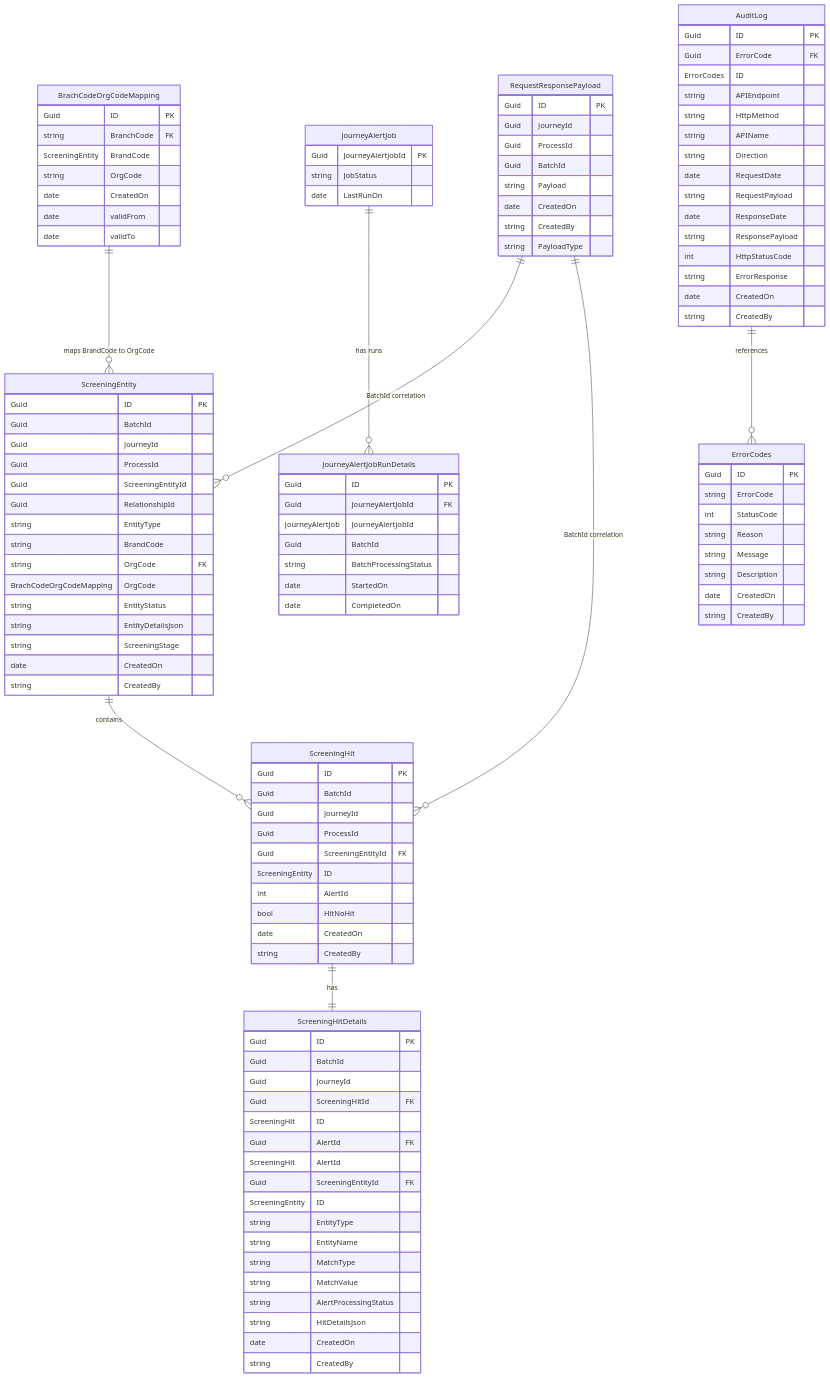
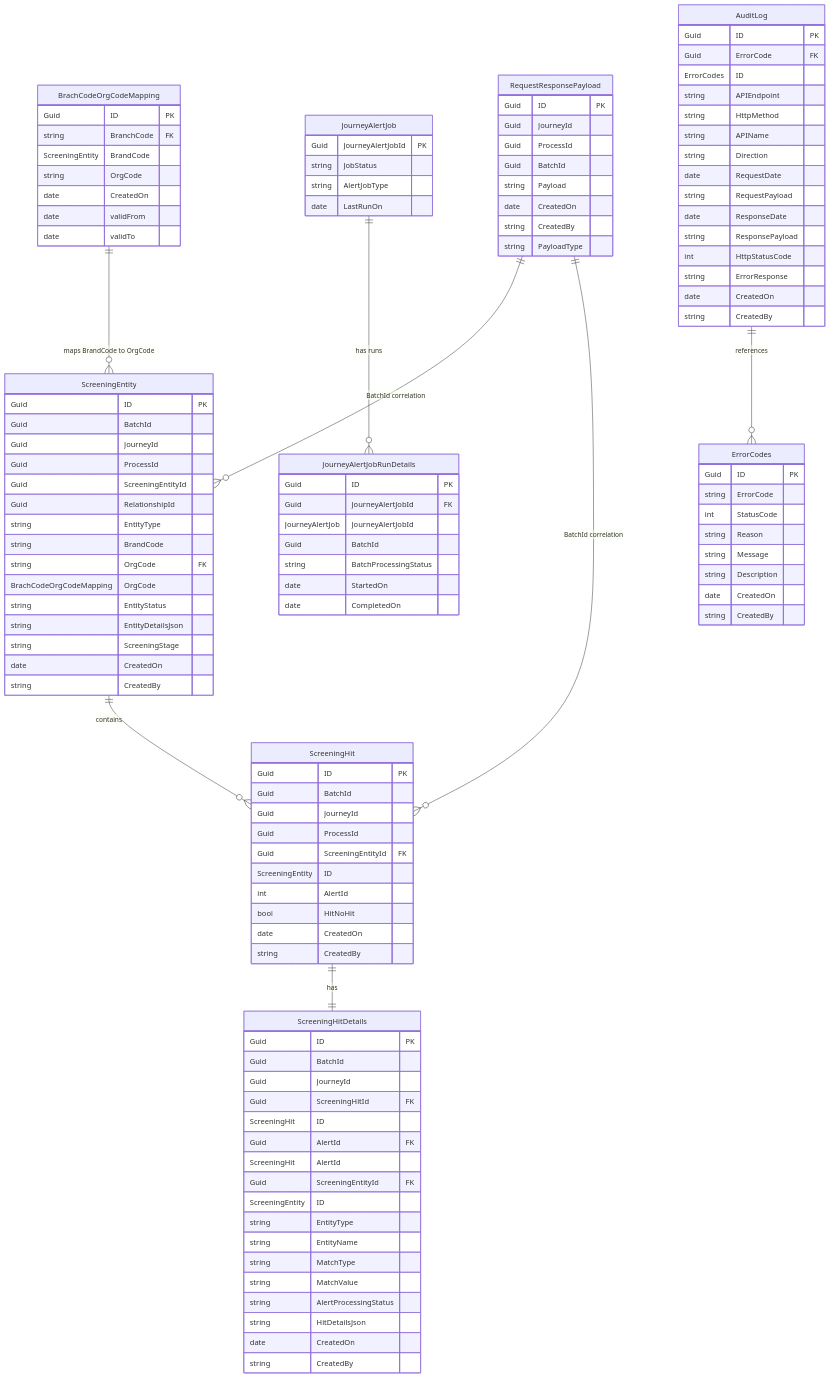
One commit to jojokoshy/Architecture_Diagrams_Python_AI changed the diagram in Arch_Diagrams/v2/screenERD.mmd. Above: the diagram before and after it, drawn with Mermaid. The commit also changed 6 other files, not shown here.

Commit message:
Update flow diagrams and ERD: replace images and enhance sequence and flow diagrams with new job record insertion and updated variable names for clarity

```diff
--- a/Arch_Diagrams/v2/screenERD.mmd
+++ b/Arch_Diagrams/v2/screenERD.mmd
@@ -1,133 +1,136 @@
 erDiagram
     %% FK label convention:
     %%  - Relationship labels use the format "SourceField -> TargetField" to show FK -> PK mappings.
     %%  - Example: ScreeningBatch }o--|| RequestResponsePayload : "ScreenRequestPayloadId -> ID"
     %%    means ScreeningBatch.ScreenRequestPayloadId references RequestResponsePayload.ID (FK -> PK).
     %%  - Multiplicity notation follows Mermaid ER style: || = one, }o = many/optional.
 
     RequestResponsePayload {
         Guid ID PK
         Guid JourneyId
         Guid ProcessId
         Guid BatchId
         string Payload
         date CreatedOn
         string CreatedBy
         string PayloadType
         %% Notes:
         %% - JourneyId and ProcessId are intentionally duplicated in RequestResponsePayload for query convenience
         %%   (they should match the values in the parent ScreeningBatch row).
         %% - To guarantee exactly one Request and one Response per batch add a DB unique constraint:
         %%   UNIQUE(BatchId, PayloadType).
         %% - PayloadType values are expected to be 'JourneySuperGraphRequest' or 'JourneySuperGraphResponse' or EntitySuperGraphRequest or 'EntitySuperGraphResponse'
 
     }
     ScreeningEntity {
         Guid ID PK
         Guid BatchId
         Guid JourneyId
         Guid ProcessId
         Guid ScreeningEntityId
         Guid RelationshipId
         string EntityType
         %% e.g., for a person, this could be 'IND' for individual"
         string BrandCode 
         %% BranchCode will be used to Derive OrgCode from a Mapping Table
         string OrgCode FK BrachCodeOrgCodeMapping OrgCode
         string EntityStatus 
         string EntityDetailsJson
         string ScreeningStage
         date CreatedOn
         string CreatedBy
     }
     
     BrachCodeOrgCodeMapping {
         Guid ID PK
         string BranchCode FK ScreeningEntity BrandCode
         string OrgCode 
         date CreatedOn
         date validFrom
         date validTo
     }
 
     ScreeningHit {
         Guid ID PK
         Guid BatchId
         Guid JourneyId
         Guid ProcessId
         Guid ScreeningEntityId FK ScreeningEntity ID
         int AlertId
         bool HitNoHit
         date CreatedOn
         string CreatedBy
     }
     
 
     ScreeningHitDetails {
         Guid ID PK
         Guid BatchId
         Guid JourneyId
         Guid ScreeningHitId FK ScreeningHit ID
         Guid AlertId FK ScreeningHit AlertId
         Guid ScreeningEntityId FK ScreeningEntity ID
         string EntityType
         string EntityName
         string MatchType
         string MatchValue
         string AlertProcessingStatus
         string HitDetailsJson
         date CreatedOn
         string CreatedBy
 
     }
     
     JourneyAlertJob {
         Guid JourneyAlertJobId PK
         string JobStatus
+        %% This will store values to indicate if the alert job is using NetReveal as Alert source or the Database as Alert source ( used for proceessing open alerts)
+        string AlertJobType
         date LastRunOn
+        
     }
     JourneyAlertJobRunDetails {
         Guid ID PK
         Guid JourneyAlertJobId FK JourneyAlertJob JourneyAlertJobId
         Guid BatchId
         string BatchProcessingStatus
         date StartedOn
         date CompletedOn
     }
 
     AuditLog {
         Guid ID PK
         Guid ErrorCode FK ErrorCodes ID
         string APIEndpoint
         string HttpMethod
         string APIName
         string Direction
         date RequestDate
         string RequestPayload
         date ResponseDate
         string ResponsePayload
         int HttpStatusCode
         string ErrorResponse
         date CreatedOn
         string CreatedBy
     }
     
 
     ErrorCodes {
         Guid ID PK
         string ErrorCode
         int StatusCode
         string Reason
         string Message
         string Description
         date CreatedOn
         string CreatedBy
     }
     
 
     
     ScreeningEntity ||--o{ ScreeningHit : contains
     ScreeningHit ||--|| ScreeningHitDetails : has
     AuditLog ||--o{ ErrorCodes : references    JourneyAlertJob ||--o{ JourneyAlertJobRunDetails : "has runs"
     BrachCodeOrgCodeMapping ||--o{ ScreeningEntity : "maps BrandCode to OrgCode"RequestResponsePayload ||--o{ ScreeningEntity : "BatchId correlation"
 RequestResponsePayload ||--o{ ScreeningHit : "BatchId correlation"
```
